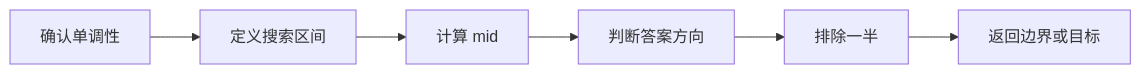
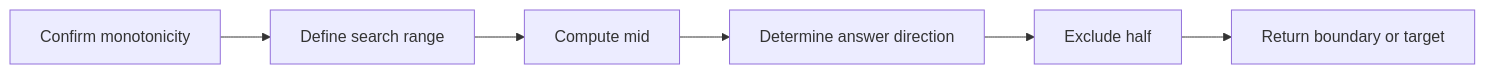
One commit to HONGLEI111/hhlblog-global changed the second of 2 diagrams in src/content/technology/binary-search.md. Above: the diagram before and after it, drawn with Mermaid. The commit also changed other lines of this file and 33 other files, not shown here.

First line of the commit message:
content(code): 翻译 mermaid 图节点标签（34 文件 / 267 处）

````diff
--- a/src/content/technology/binary-search.md
+++ b/src/content/technology/binary-search.md
@@ -234,8 +234,8 @@
 ```mermaid
 graph LR
-    A[确认单调性] --> B[定义搜索区间]
-    B --> C[计算 mid]
-    C --> D[判断答案方向]
-    D --> E[排除一半]
-    E --> F[返回边界或目标]
+    A[Confirm monotonicity] --> B[Define search range]
+    B --> C[Compute mid]
+    C --> D[Determine answer direction]
+    D --> E[Exclude half]
+    E --> F[Return boundary or target]
 ```
````
